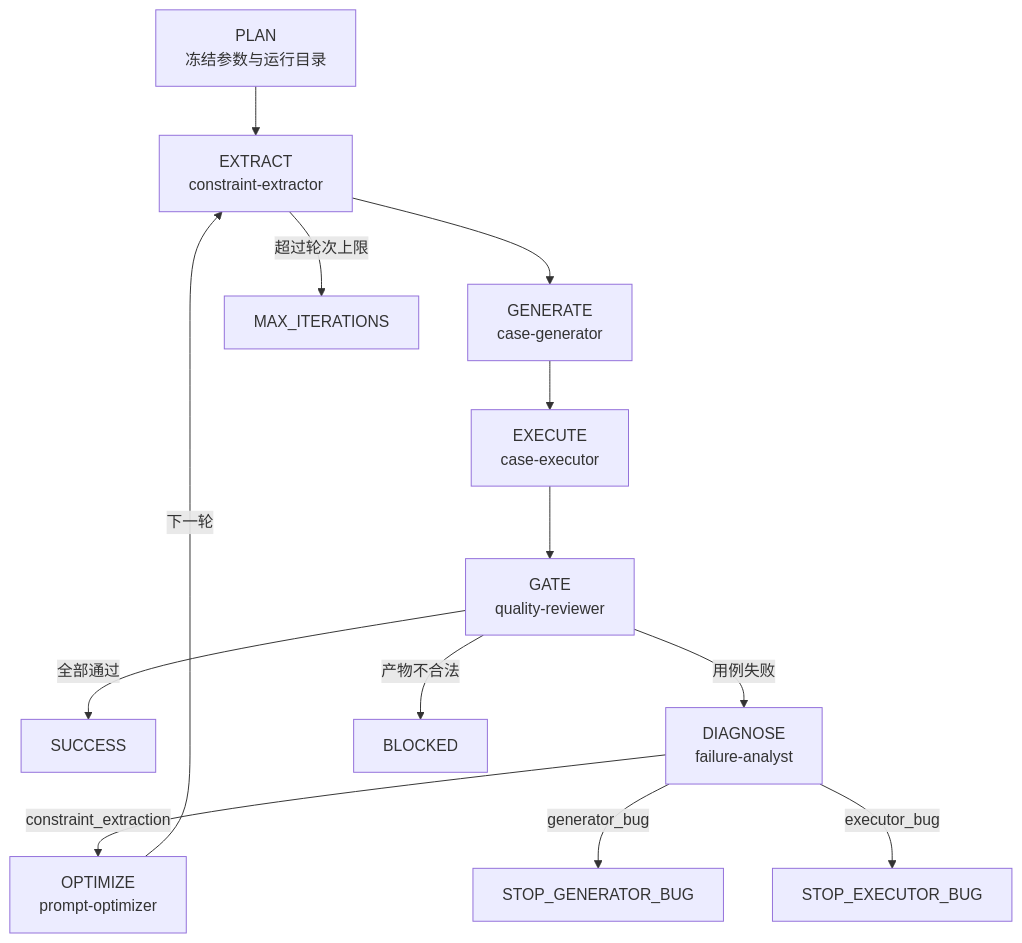
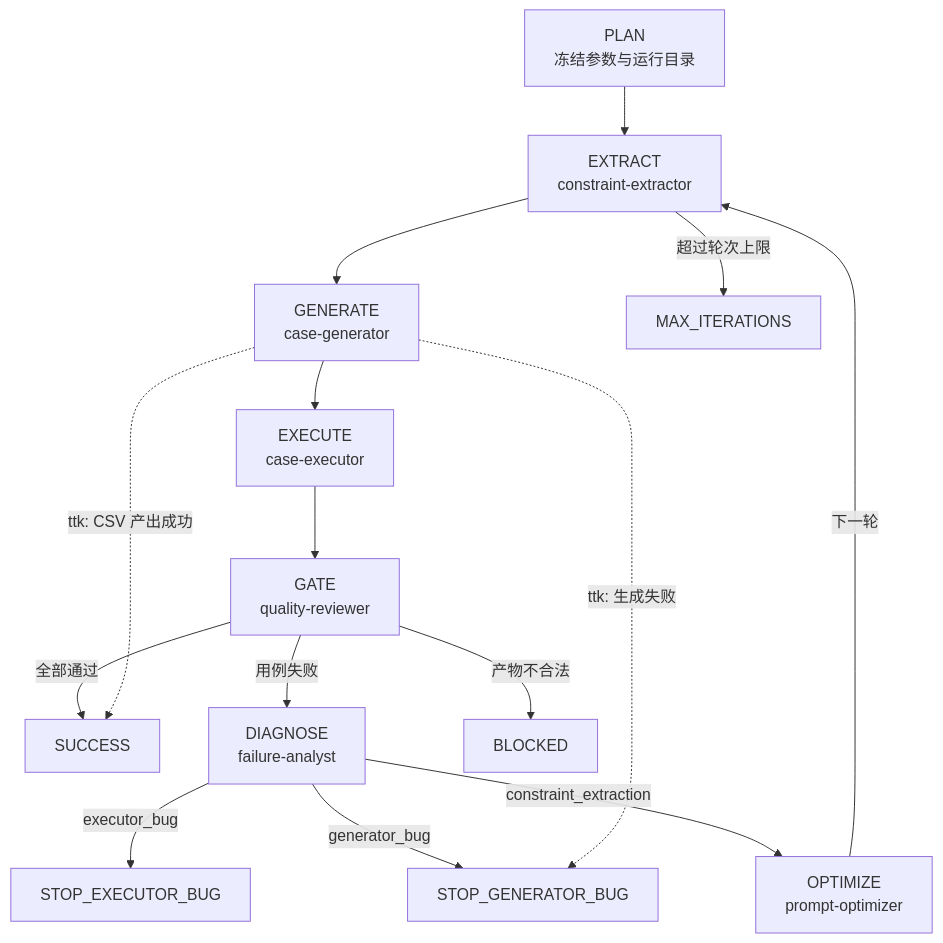
Before and after one commit to 564239493/operator-common-iterator-claude: the diagram in docs/WORKFLOW.md, drawn with Mermaid. The commit also changed other lines of this file and 8 other files, not shown here.

````diff
--- a/docs/WORKFLOW.md
+++ b/docs/WORKFLOW.md
@@ -42,15 +42,17 @@
 ```mermaid
 flowchart TD
     P["PLAN<br/>冻结参数与运行目录"] --> E["EXTRACT<br/>constraint-extractor"]
     E --> G["GENERATE<br/>case-generator"]
     G --> X["EXECUTE<br/>case-executor"]
     X --> Q["GATE<br/>quality-reviewer"]
     Q -->|全部通过| S["SUCCESS"]
     Q -->|用例失败| D["DIAGNOSE<br/>failure-analyst"]
     Q -->|产物不合法| B["BLOCKED"]
     D -->|constraint_extraction| O["OPTIMIZE<br/>prompt-optimizer"]
     O -->|下一轮| E
     D -->|generator_bug| GB["STOP_GENERATOR_BUG"]
     D -->|executor_bug| EB["STOP_EXECUTOR_BUG"]
     E -->|超过轮次上限| M["MAX_ITERATIONS"]
+    G -.->|ttk: CSV 产出成功| S
+    G -.->|ttk: 生成失败| GB
 ```
````
